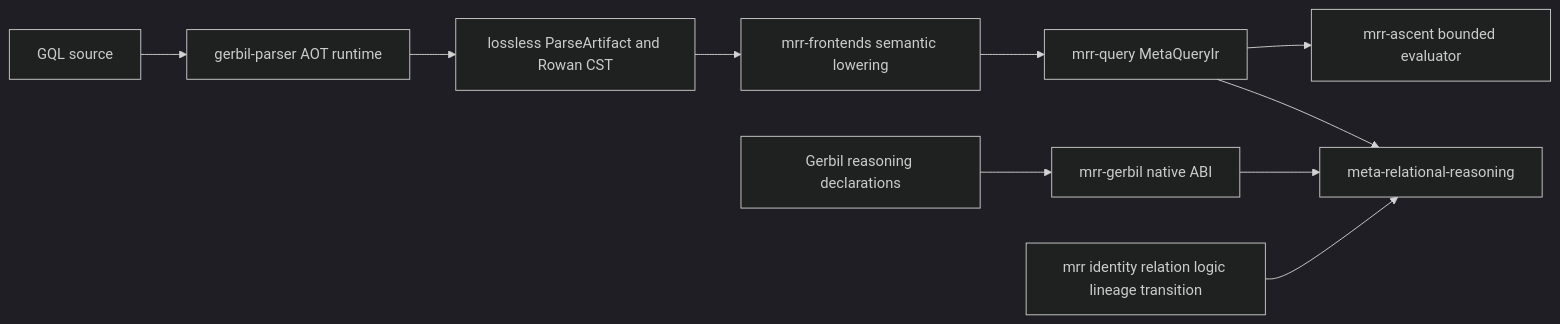
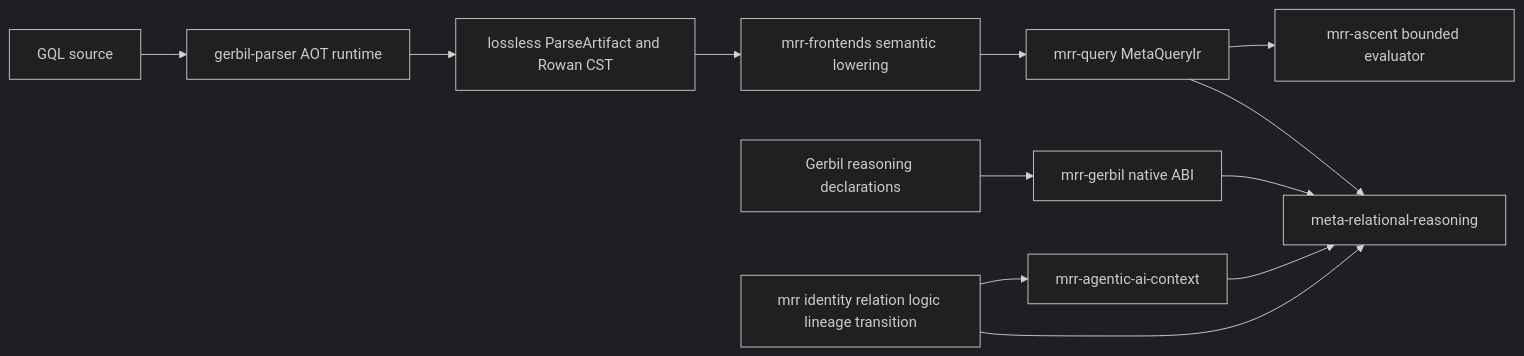
Before and after one commit to tao3k/meta-relational-reasoning: the diagram in ARCHITECTURE.org, drawn with Mermaid (dark theme). The commit also changed other lines of this file and 49 other files, not shown here.

Commit message:
feat(context): add optional source-bound Agentic AI Context and certified composition bridges

```diff
--- a/ARCHITECTURE.org
+++ b/ARCHITECTURE.org
@@ -8,12 +8,14 @@
 #+begin_src mermaid
 flowchart LR
     source[GQL source] --> parser[gerbil-parser AOT runtime]
     parser --> artifact[lossless ParseArtifact and Rowan CST]
     artifact --> frontend[mrr-frontends semantic lowering]
     frontend --> query[mrr-query MetaQueryIr]
     query --> facade[meta-relational-reasoning]
     query --> ascent[mrr-ascent bounded evaluator]
     scheme[Gerbil reasoning declarations] --> native[mrr-gerbil native ABI]
     native --> facade
     contracts[mrr identity relation logic lineage transition] --> facade
+    context[mrr-agentic-ai-context] --> facade
+    contracts --> context
 #+end_src
```
